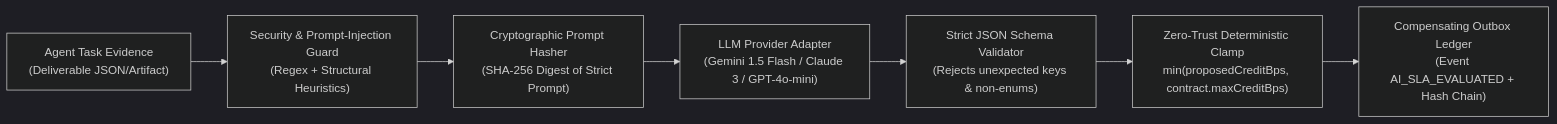
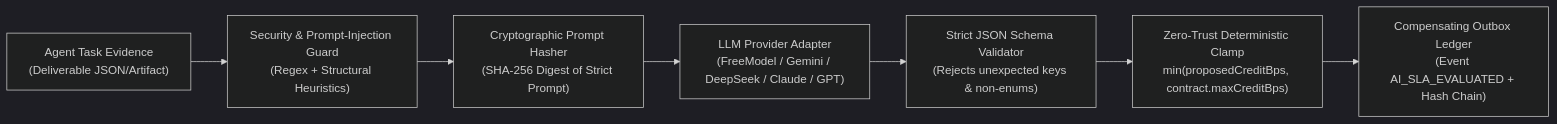
Before and after one commit to EnternalBlue07/Tally-Nexus: the diagram in README.md, drawn with Mermaid (dark theme). The commit also changed other lines of this file and 51 other files, not shown here.

````diff
--- a/README.md
+++ b/README.md
@@ -78,9 +88,9 @@
 ```mermaid
 flowchart LR
     Task["Agent Task Evidence<br/>(Deliverable JSON/Artifact)"] --> Guard["Security & Prompt-Injection Guard<br/>(Regex + Structural Heuristics)"]
     Guard --> Prompt["Cryptographic Prompt Hasher<br/>(SHA-256 Digest of Strict Prompt)"]
-    Prompt --> LLM["LLM Provider Adapter<br/>(Gemini 1.5 Flash / Claude 3 / GPT-4o-mini)"]
+    Prompt --> LLM["LLM Provider Adapter<br/>(FreeModel / Gemini / DeepSeek / Claude / GPT)"]
     LLM --> StrictParser["Strict JSON Schema Validator<br/>(Rejects unexpected keys & non-enums)"]
     StrictParser --> Clamp["Zero-Trust Deterministic Clamp<br/>min(proposedCreditBps, contract.maxCreditBps)"]
     Clamp --> Outbox["Compensating Outbox Ledger<br/>(Event AI_SLA_EVALUATED + Hash Chain)"]
 ```
````
